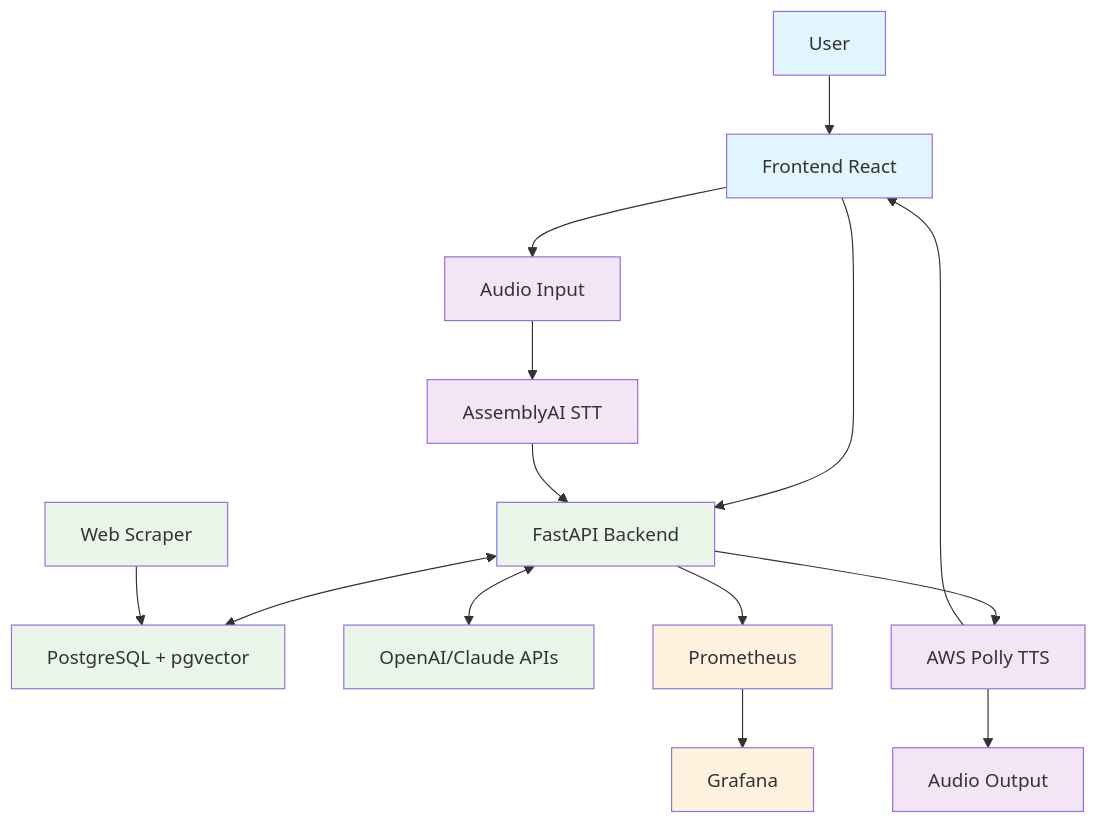
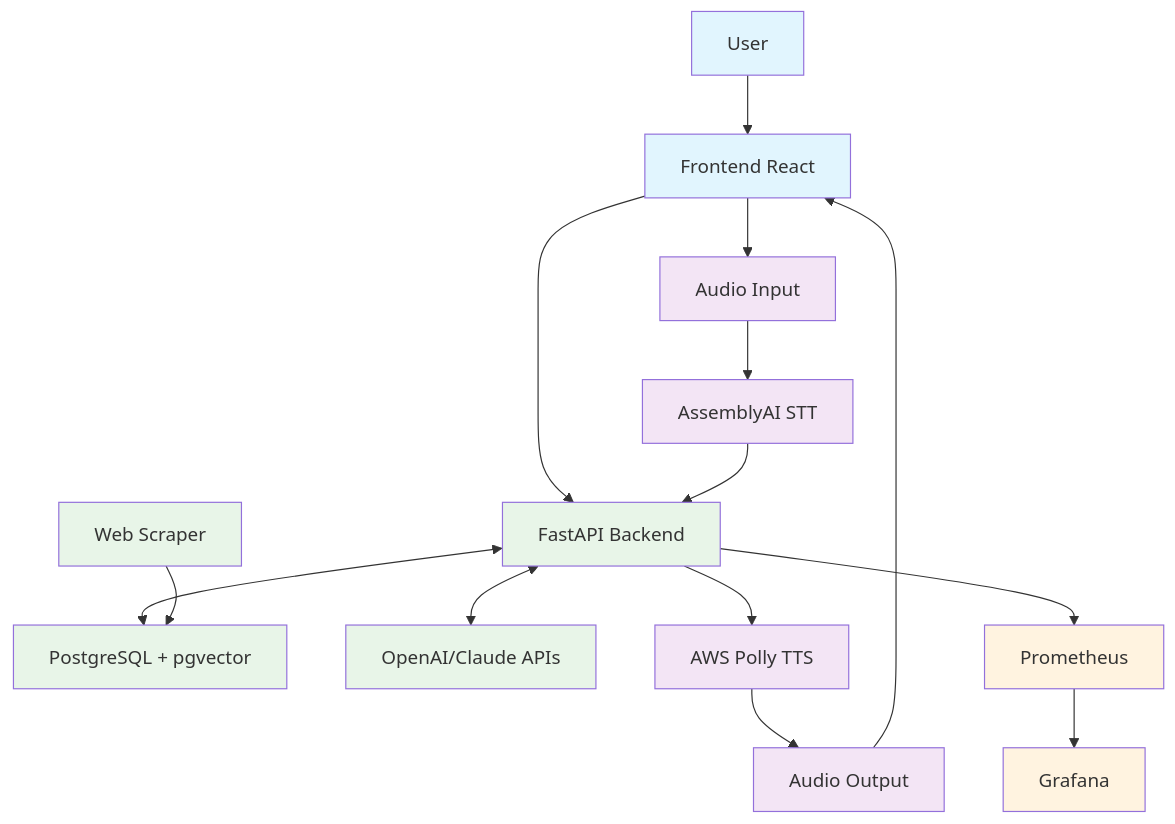
Before and after one commit to KadirGokdeniz/global_gate: the diagram in README.md, drawn with Mermaid.

````diff
--- a/README.md
+++ b/README.md
@@ -51,35 +51,35 @@
 ```mermaid
 graph TD
     A[User] --> B[Frontend React]
     B --> C[FastAPI Backend]
     
     %% Audio Input Path  
     B --> I[Audio Input]
     I --> J[AssemblyAI STT]
     J --> C
     
     %% Backend Operations
     C <--> D[PostgreSQL + pgvector]
     E[Web Scraper] --> D
     C <--> F[OpenAI/Claude APIs]
     
     %% Audio Output Path
     C --> K[AWS Polly TTS]
     K --> L[Audio Output]
-    K --> B
+    L --> B
     
     %% Monitoring
     G[Prometheus] --> H[Grafana]
     C --> G
     
     %% Styling
     classDef userPath fill:#e1f5fe
     classDef audioPath fill:#f3e5f5
     classDef backend fill:#e8f5e8
     classDef monitoring fill:#fff3e0
     
     class A,B userPath
     class I,J,K,L audioPath
     class C,D,E,F backend
     class G,H monitoring
 ```
````
